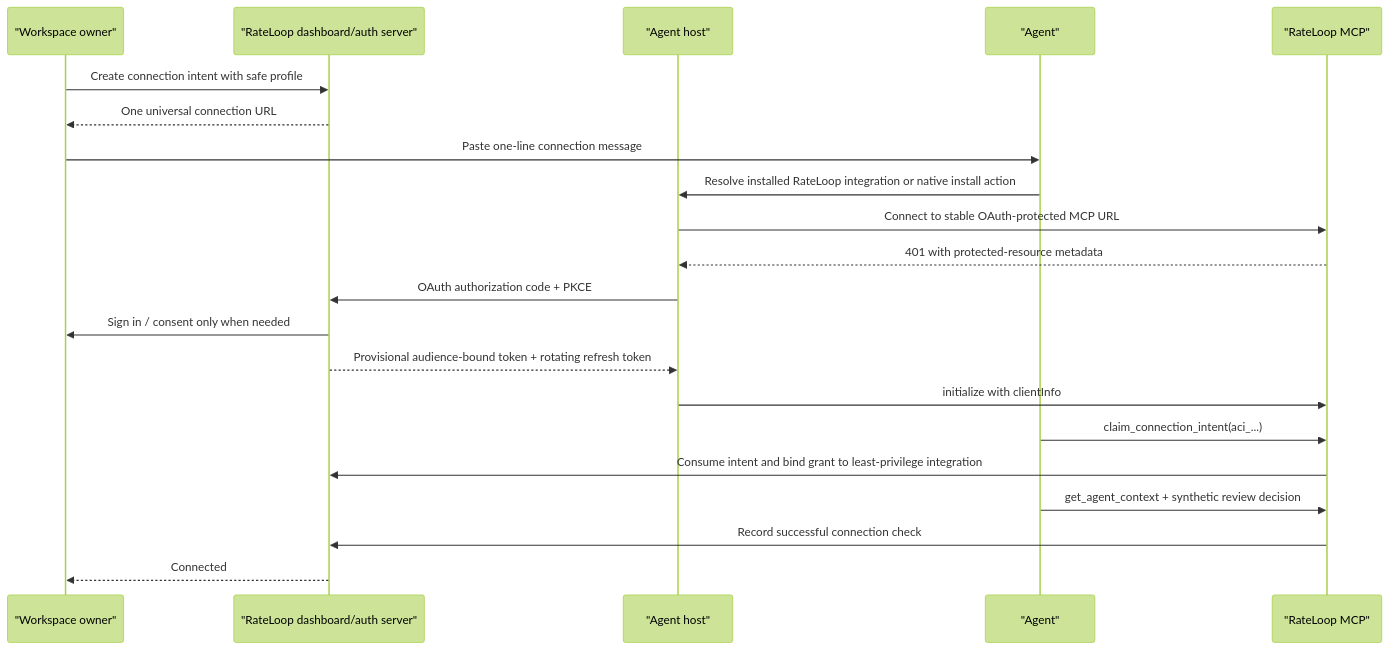
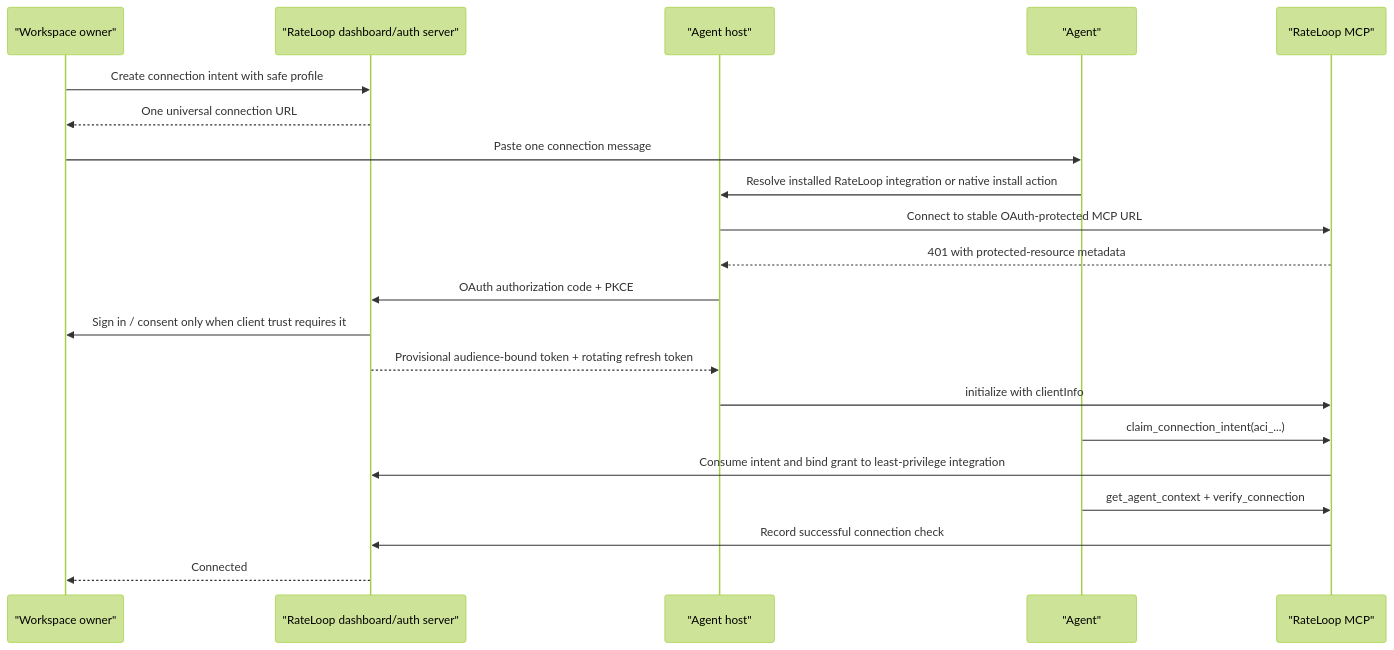
The first of 2 diagrams in docs/tokenless-one-message-agent-connection-plan-2026-07.md (Noc2/RateLoop), drawn with Mermaid (forest theme) before and after one commit. The commit also changed other lines of this file and 1 other file, not shown here.

Commit message:
docs(agents): accept one-paste connection UX

````diff
--- a/docs/tokenless-one-message-agent-connection-plan-2026-07.md
+++ b/docs/tokenless-one-message-agent-connection-plan-2026-07.md
@@ -163,24 +193,24 @@
 ```mermaid
 sequenceDiagram
     participant O as "Workspace owner"
     participant R as "RateLoop dashboard/auth server"
     participant H as "Agent host"
     participant A as "Agent"
     participant M as "RateLoop MCP"
 
     O->>R: Create connection intent with safe profile
     R-->>O: One universal connection URL
-    O->>A: Paste one-line connection message
+    O->>A: Paste one connection message
     A->>H: Resolve installed RateLoop integration or native install action
     H->>M: Connect to stable OAuth-protected MCP URL
     M-->>H: 401 with protected-resource metadata
     H->>R: OAuth authorization code + PKCE
-    R->>O: Sign in / consent only when needed
+    R->>O: Sign in / consent only when client trust requires it
     R-->>H: Provisional audience-bound token + rotating refresh token
     H->>M: initialize with clientInfo
     A->>M: claim_connection_intent(aci_...)
     M->>R: Consume intent and bind grant to least-privilege integration
-    A->>M: get_agent_context + synthetic review decision
+    A->>M: get_agent_context + verify_connection
     M->>R: Record successful connection check
     R-->>O: Connected
 ```
````
